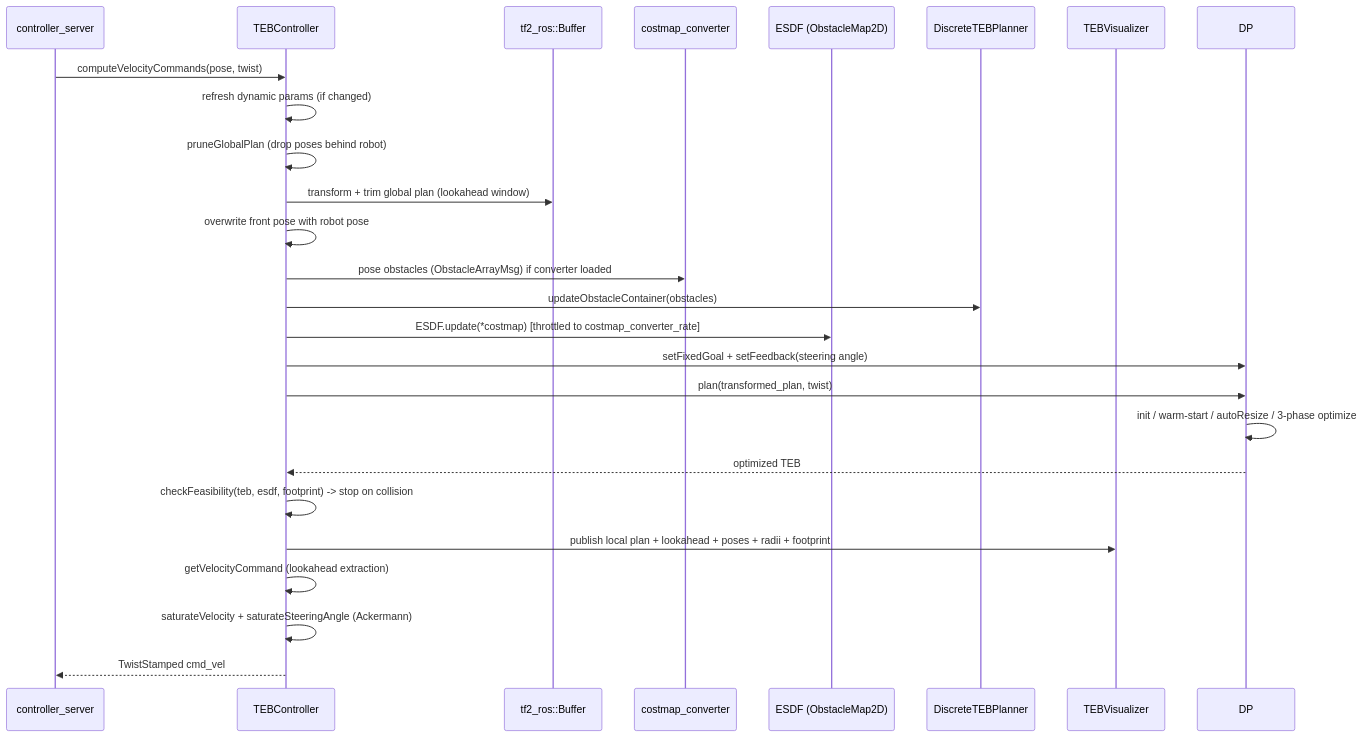
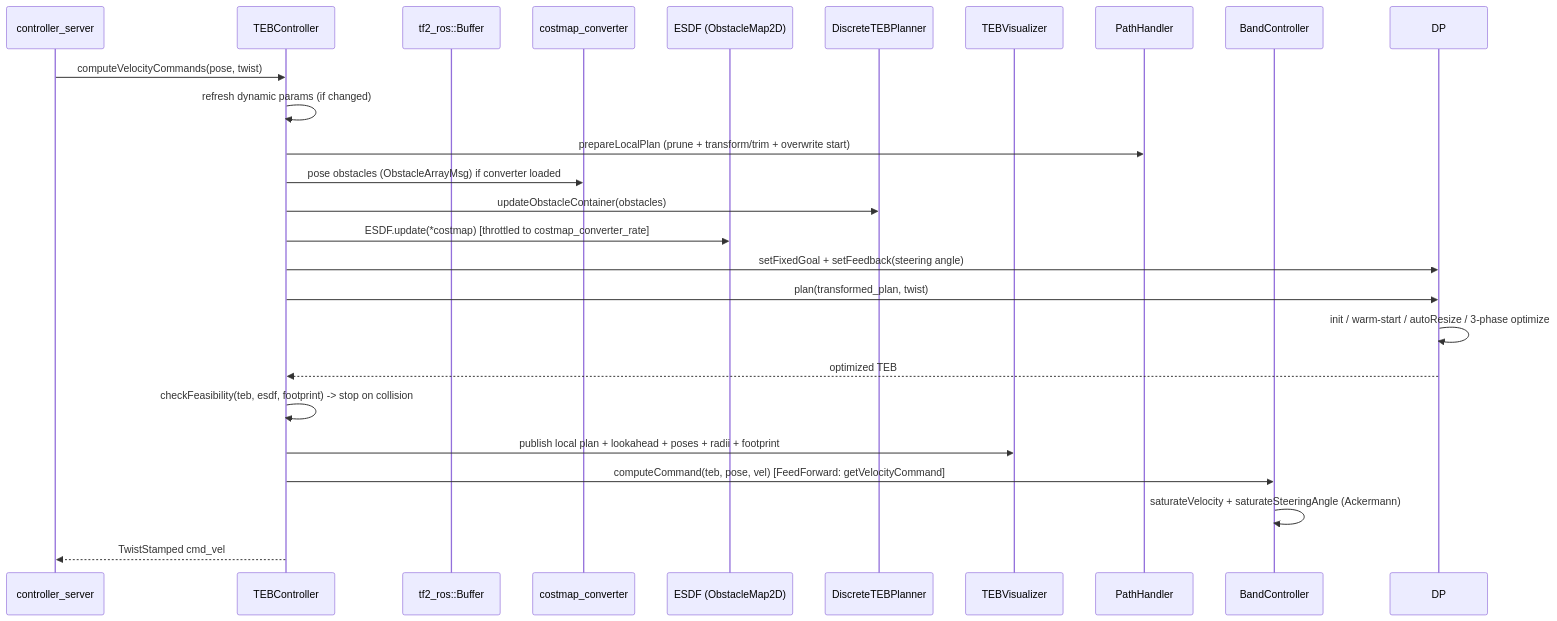
The second of 5 diagrams in doc/architecture.md (danielyousef/nav2_teb_controller), drawn with Mermaid before and after one commit. The commit also changed other lines of this file and 18 other files, not shown here.

Commit message:
Adding extra classes for path tracking and path extraction

````diff
--- a/doc/architecture.md
+++ b/doc/architecture.md
@@ -90,28 +90,28 @@
 ```mermaid
 sequenceDiagram
     participant N as controller_server
     participant TC as TEBController
     participant TF as tf2_ros::Buffer
     participant CC as costmap_converter
     participant ES as ESDF (ObstacleMap2D)
     participant P as DiscreteTEBPlanner
     participant V as TEBVisualizer
+    participant PH as PathHandler
+    participant BC as BandController
 
     N->>TC: computeVelocityCommands(pose, twist)
     TC->>TC: refresh dynamic params (if changed)
-    TC->>TC: pruneGlobalPlan (drop poses behind robot)
-    TC->>TF: transform + trim global plan (lookahead window)
-    TC->>TC: overwrite front pose with robot pose
+    TC->>PH: prepareLocalPlan (prune + transform/trim + overwrite start)
     TC->>CC: pose obstacles (ObstacleArrayMsg) if converter loaded
     TC->>P: updateObstacleContainer(obstacles)
     TC->>ES: ESDF.update(*costmap)  [throttled to costmap_converter_rate]
     TC->>DP: setFixedGoal + setFeedback(steering angle)
     TC->>DP: plan(transformed_plan, twist)
     DP->>DP: init / warm-start / autoResize / 3-phase optimize
     DP-->>TC: optimized TEB
     TC->>TC: checkFeasibility(teb, esdf, footprint)   -> stop on collision
     TC->>V: publish local plan + lookahead + poses + radii + footprint
-    TC->>TC: getVelocityCommand (lookahead extraction)
-    TC->>TC: saturateVelocity + saturateSteeringAngle (Ackermann)
+    TC->>BC: computeCommand(teb, pose, vel)  [FeedForward: getVelocityCommand]
+    BC->>BC: saturateVelocity + saturateSteeringAngle (Ackermann)
     TC-->>N: TwistStamped cmd_vel
 ```
````
